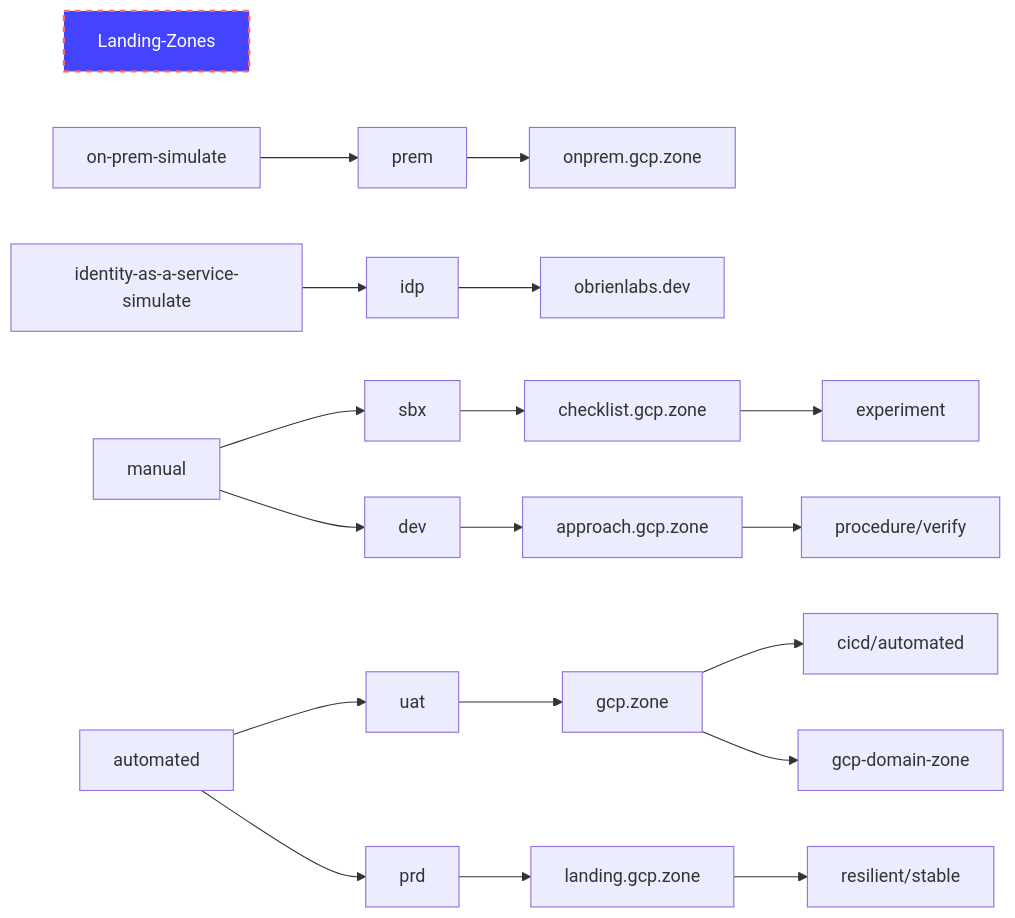
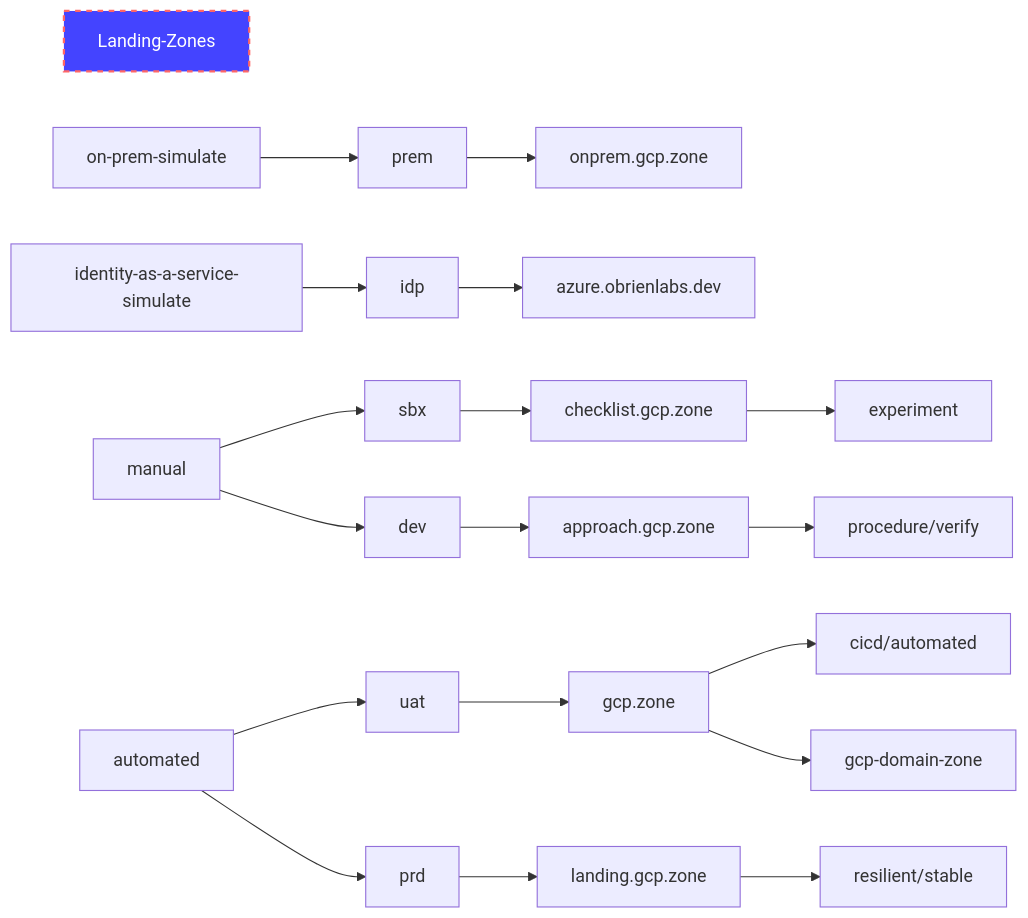
The diagram in docs/landing-zone.md (cloud-quickstart/gcp-landing-zone), drawn with Mermaid before and after one commit.

````diff
--- a/docs/landing-zone.md
+++ b/docs/landing-zone.md
@@ -17,22 +17,22 @@
 ```mermaid
 graph LR;
     style Landing-Zones fill:#44f,stroke:#f66,stroke-width:2px,color:#fff,stroke-dasharray: 5 5
     %% mapped and documented
 
     on-prem-simulate-->prem
     identity-as-a-service-simulate-->idp
     manual-->sbx
     manual-->dev
     automated-->uat
     automated-->prd
     
     prem-->onprem.gcp.zone
-    idp-->obrienlabs.dev
+    idp-->azure.obrienlabs.dev
     dev-->approach.gcp.zone-->procedure/verify
     sbx-->checklist.gcp.zone-->experiment
     prd-->landing.gcp.zone-->resilient/stable
     uat-->gcp.zone-->cicd/automated
     gcp.zone-->gcp-domain-zone
     
     
 ```
````
